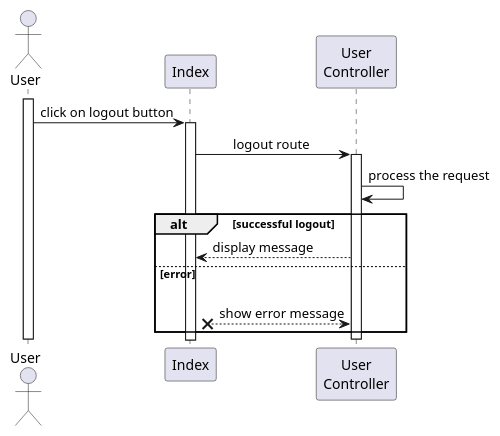
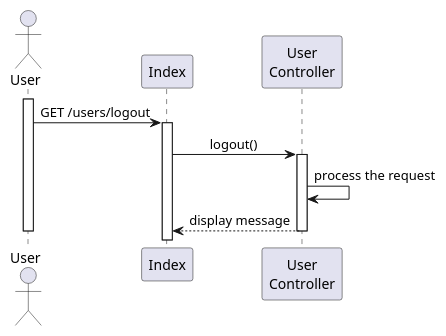
One commit to TommasoScalici/BnB changed the diagram in app-diagrams/sequence/user/logout.wsd. Above: the diagram before and after it, drawn with PlantUML. The commit also changed 8 other files, not shown here.

Commit message:
sequence diagrams fixed and created

```diff
--- a/app-diagrams/sequence/user/logout.wsd
+++ b/app-diagrams/sequence/user/logout.wsd
@@ -1,27 +1,20 @@
 @startuml logout
 
 actor User
 participant "Index" as Index
 participant "User\nController" as UserController
 
 activate User
-    User -> Index: click on logout button
+    User -> Index: GET /users/logout
     activate Index
-    Index -> UserController: \t logout route
+    Index -> UserController: \t logout()
 
         activate UserController
             UserController -> UserController: process the request
-
-            alt successful logout
-                Index <-- UserController: display message
-    
-
-            else error    
-                Index x-- UserController: \n  show error message
-            end
+            Index <-- UserController: display message
 
 
         deactivate UserController
 deactivate User
 
 @enduml
```
